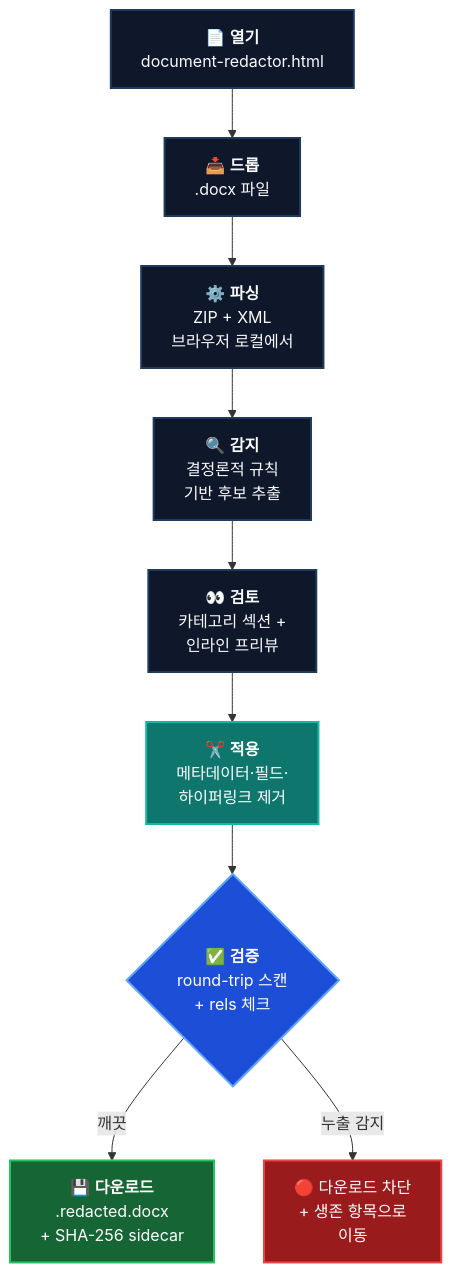
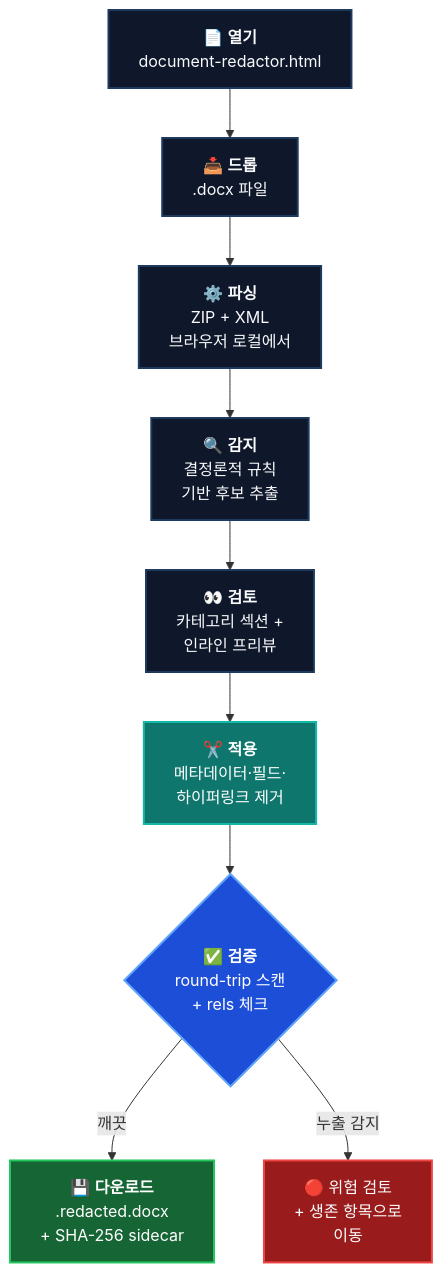
The diagram in README.ko.md (lowtidebuild/document-redactor), drawn with Mermaid before and after one commit. The commit also changed other lines of this file and 20 other files, not shown here.

````diff
--- a/README.ko.md
+++ b/README.ko.md
@@ -119,21 +126,21 @@
 ```mermaid
 flowchart TD
     A["📄 <b>열기</b><br/>document-redactor.html"] --> B["📥 <b>드롭</b><br/>.docx 파일"]
     B --> C["⚙️ <b>파싱</b><br/>ZIP + XML<br/>브라우저 로컬에서"]
     C --> D["🔍 <b>감지</b><br/>결정론적 규칙<br/>기반 후보 추출"]
     D --> E["👀 <b>검토</b><br/>카테고리 섹션 +<br/>인라인 프리뷰"]
     E --> F["✂️ <b>적용</b><br/>메타데이터·필드·<br/>하이퍼링크 제거"]
     F --> G{"✅ <b>검증</b><br/>round-trip 스캔<br/>+ rels 체크"}
     G -->|깨끗| H["💾 <b>다운로드</b><br/>.redacted.docx<br/>+ SHA-256 sidecar"]
-    G -->|누출 감지| I["🔴 다운로드 차단<br/>+ 생존 항목으로<br/>이동"]
+    G -->|누출 감지| I["🔴 위험 검토<br/>+ 생존 항목으로<br/>이동"]
 
     classDef default fill:#0f172a,stroke:#1e3a5f,stroke-width:2px,color:#f8fafc;
     classDef action fill:#0f766e,stroke:#14b8a6,color:#ffffff;
     classDef verify fill:#1d4ed8,stroke:#60a5fa,color:#ffffff;
     classDef success fill:#166534,stroke:#22c55e,color:#ffffff;
     classDef fail fill:#991b1b,stroke:#ef4444,color:#ffffff;
     class F action;
     class G verify;
     class H success;
     class I fail;
 ```
````
